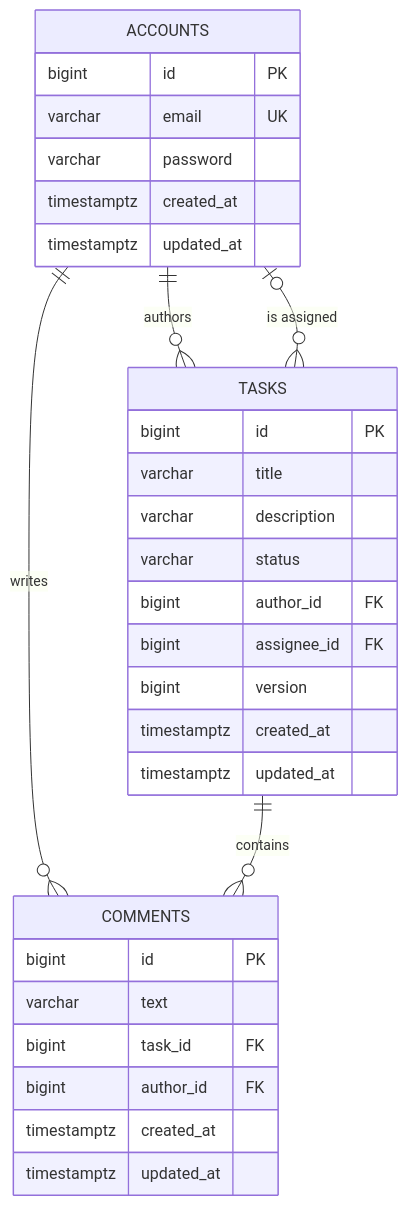
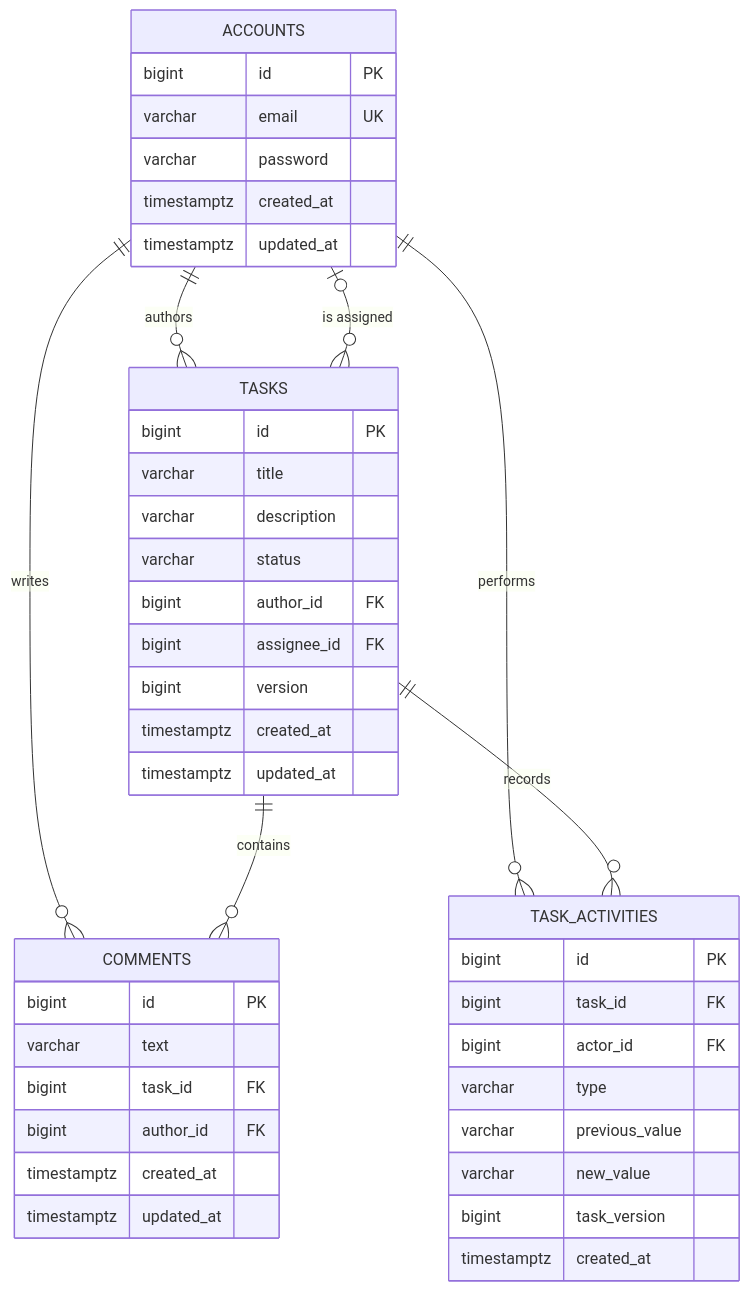
The second of 3 diagrams in README.md (adhambatlouni/task-management-system), drawn with Mermaid before and after one commit. The commit also changed other lines of this file and 13 other files, not shown here.

````diff
--- a/README.md
+++ b/README.md
@@ -269,36 +310,49 @@
 ```mermaid
 erDiagram
     ACCOUNTS ||--o{ TASKS : authors
     ACCOUNTS o|--o{ TASKS : "is assigned"
     ACCOUNTS ||--o{ COMMENTS : writes
     TASKS ||--o{ COMMENTS : contains
+    ACCOUNTS ||--o{ TASK_ACTIVITIES : performs
+    TASKS ||--o{ TASK_ACTIVITIES : records
 
     ACCOUNTS {
         bigint id PK
         varchar email UK
         varchar password
         timestamptz created_at
         timestamptz updated_at
     }
 
     TASKS {
         bigint id PK
         varchar title
         varchar description
         varchar status
         bigint author_id FK
         bigint assignee_id FK
         bigint version
         timestamptz created_at
         timestamptz updated_at
     }
 
     COMMENTS {
         bigint id PK
         varchar text
         bigint task_id FK
         bigint author_id FK
         timestamptz created_at
         timestamptz updated_at
     }
+
+    TASK_ACTIVITIES {
+        bigint id PK
+        bigint task_id FK
+        bigint actor_id FK
+        varchar type
+        varchar previous_value
+        varchar new_value
+        bigint task_version
+        timestamptz created_at
+    }
 ```
````
